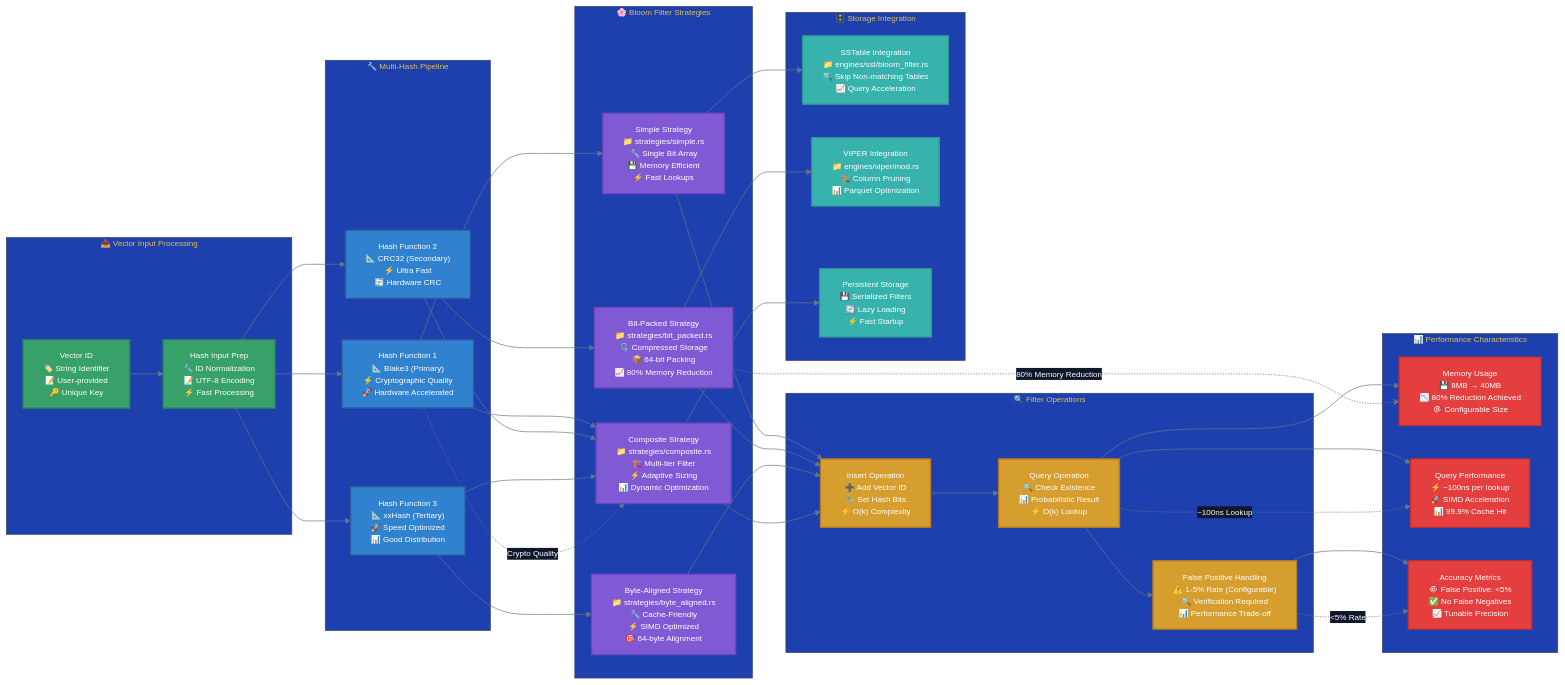
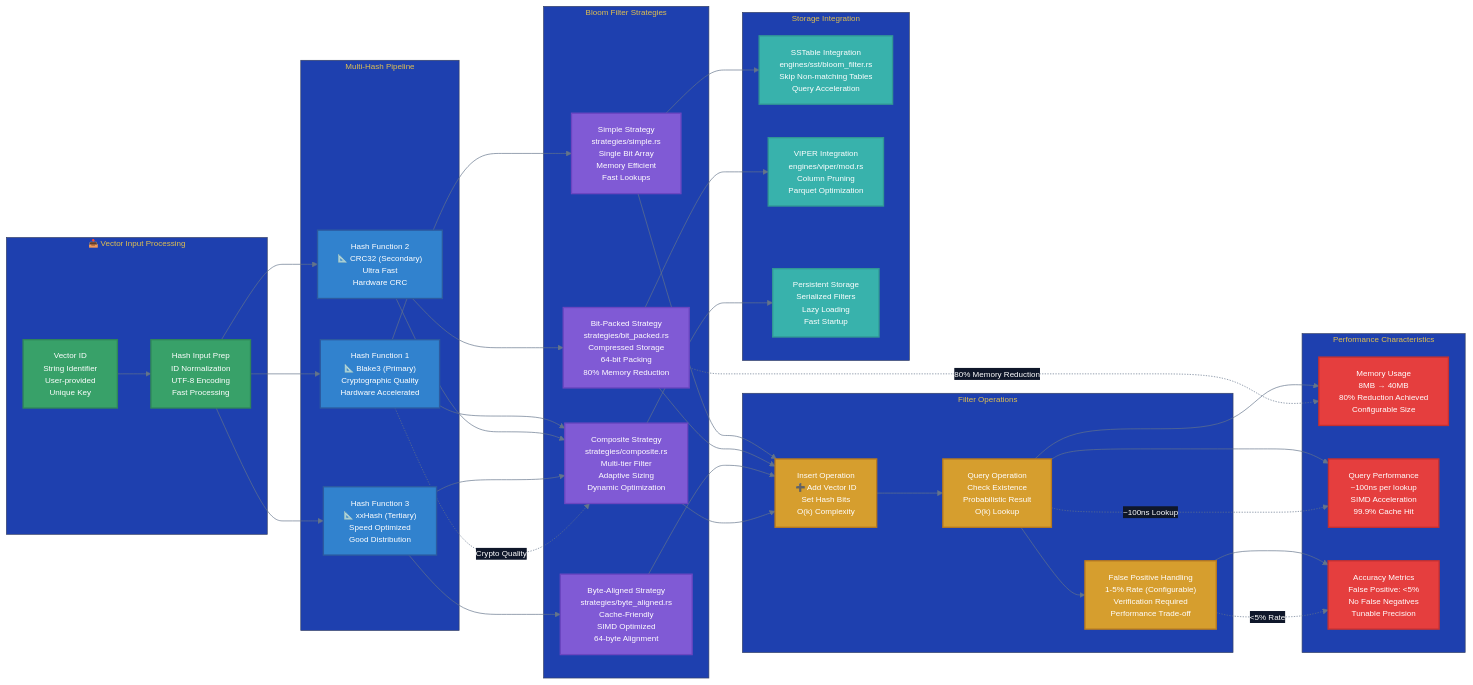
Before and after one commit to vjsingh1984/proximaDB: the diagram in docs/diagrams/bloom-filter-architecture.mmd, drawn with Mermaid. The commit also changed 120 other files, not shown here.

```diff
--- a/docs/diagrams/bloom-filter-architecture.mmd
+++ b/docs/diagrams/bloom-filter-architecture.mmd
@@ -1,120 +1,120 @@
 %%{init: {'theme':'base', 'themeVariables': { 
   'primaryColor':'#1e293b', 
   'primaryTextColor':'#ffffff', 
   'primaryBorderColor':'#334155', 
   'lineColor':'#64748b', 
   'fontSize':'12px', 
   'fontFamily':'Inter, -apple-system, sans-serif',
   'secondaryColor':'#0f172a',
   'tertiaryColor':'#1e40af',
   'background':'#ffffff',
   'mainBkg':'#f8fafc',
   'secondBkg':'#e2e8f0'
 }}}%%
 graph LR
     %% Input Processing
     subgraph Input["📥 Vector Input Processing"]
-        VectorID["Vector ID<br/>🏷️ String Identifier<br/>📝 User-provided<br/>🔑 Unique Key"]
+        VectorID["Vector ID<br/> String Identifier<br/> User-provided<br/> Unique Key"]
         
-        HashInput["Hash Input Prep<br/>🔧 ID Normalization<br/>📝 UTF-8 Encoding<br/>⚡ Fast Processing"]
+        HashInput["Hash Input Prep<br/> ID Normalization<br/> UTF-8 Encoding<br/> Fast Processing"]
     end
     
     %% Hash Function Pipeline
-    subgraph HashPipeline["🔧 Multi-Hash Pipeline"]
-        Hash1["Hash Function 1<br/>📐 Blake3 (Primary)<br/>⚡ Cryptographic Quality<br/>🚀 Hardware Accelerated"]
+    subgraph HashPipeline[" Multi-Hash Pipeline"]
+        Hash1["Hash Function 1<br/>📐 Blake3 (Primary)<br/> Cryptographic Quality<br/> Hardware Accelerated"]
         
-        Hash2["Hash Function 2<br/>📐 CRC32 (Secondary)<br/>⚡ Ultra Fast<br/>🔄 Hardware CRC"]
+        Hash2["Hash Function 2<br/>📐 CRC32 (Secondary)<br/> Ultra Fast<br/> Hardware CRC"]
         
-        Hash3["Hash Function 3<br/>📐 xxHash (Tertiary)<br/>🚀 Speed Optimized<br/>📊 Good Distribution"]
+        Hash3["Hash Function 3<br/>📐 xxHash (Tertiary)<br/> Speed Optimized<br/> Good Distribution"]
     end
     
     %% Bloom Filter Strategies
-    subgraph FilterStrategies["🌸 Bloom Filter Strategies"]
-        SimpleStrategy["Simple Strategy<br/>📁 strategies/simple.rs<br/>🔧 Single Bit Array<br/>💾 Memory Efficient<br/>⚡ Fast Lookups"]
+    subgraph FilterStrategies[" Bloom Filter Strategies"]
+        SimpleStrategy["Simple Strategy<br/> strategies/simple.rs<br/> Single Bit Array<br/> Memory Efficient<br/> Fast Lookups"]
         
-        BitPackedStrategy["Bit-Packed Strategy<br/>📁 strategies/bit_packed.rs<br/>🗜️ Compressed Storage<br/>📦 64-bit Packing<br/>📈 80% Memory Reduction"]
+        BitPackedStrategy["Bit-Packed Strategy<br/> strategies/bit_packed.rs<br/> Compressed Storage<br/> 64-bit Packing<br/> 80% Memory Reduction"]
         
-        ByteAlignedStrategy["Byte-Aligned Strategy<br/>📁 strategies/byte_aligned.rs<br/>🔧 Cache-Friendly<br/>⚡ SIMD Optimized<br/>🎯 64-byte Alignment"]
+        ByteAlignedStrategy["Byte-Aligned Strategy<br/> strategies/byte_aligned.rs<br/> Cache-Friendly<br/> SIMD Optimized<br/> 64-byte Alignment"]
         
-        CompositeStrategy["Composite Strategy<br/>📁 strategies/composite.rs<br/>🏗️ Multi-tier Filter<br/>⚡ Adaptive Sizing<br/>📊 Dynamic Optimization"]
+        CompositeStrategy["Composite Strategy<br/> strategies/composite.rs<br/> Multi-tier Filter<br/> Adaptive Sizing<br/> Dynamic Optimization"]
     end
     
     %% Filter Operations
-    subgraph Operations["🔍 Filter Operations"]
-        InsertOp["Insert Operation<br/>➕ Add Vector ID<br/>🔧 Set Hash Bits<br/>⚡ O(k) Complexity"]
+    subgraph Operations[" Filter Operations"]
+        InsertOp["Insert Operation<br/>➕ Add Vector ID<br/> Set Hash Bits<br/> O(k) Complexity"]
         
-        QueryOp["Query Operation<br/>🔍 Check Existence<br/>📊 Probabilistic Result<br/>⚡ O(k) Lookup"]
+        QueryOp["Query Operation<br/> Check Existence<br/> Probabilistic Result<br/> O(k) Lookup"]
         
-        FalsePositive["False Positive Handling<br/>⚠️ 1-5% Rate (Configurable)<br/>🔍 Verification Required<br/>📊 Performance Trade-off"]
+        FalsePositive["False Positive Handling<br/> 1-5% Rate (Configurable)<br/> Verification Required<br/> Performance Trade-off"]
     end
     
     %% Performance Metrics
-    subgraph Performance["📊 Performance Characteristics"]
-        MemoryUsage["Memory Usage<br/>💾 8MB → 40MB<br/>📉 80% Reduction Achieved<br/>🎯 Configurable Size"]
+    subgraph Performance[" Performance Characteristics"]
+        MemoryUsage["Memory Usage<br/> 8MB → 40MB<br/> 80% Reduction Achieved<br/> Configurable Size"]
         
-        QuerySpeed["Query Performance<br/>⚡ ~100ns per lookup<br/>🚀 SIMD Acceleration<br/>📊 99.9% Cache Hit"]
+        QuerySpeed["Query Performance<br/> ~100ns per lookup<br/> SIMD Acceleration<br/> 99.9% Cache Hit"]
         
-        AccuracyMetrics["Accuracy Metrics<br/>🎯 False Positive: <5%<br/>✅ No False Negatives<br/>📈 Tunable Precision"]
+        AccuracyMetrics["Accuracy Metrics<br/> False Positive: <5%<br/> No False Negatives<br/> Tunable Precision"]
     end
     
     %% Storage Integration
-    subgraph Storage["🗄️ Storage Integration"]
-        SSTableFilter["SSTable Integration<br/>📁 engines/sst/bloom_filter.rs<br/>🔍 Skip Non-matching Tables<br/>📈 Query Acceleration"]
+    subgraph Storage[" Storage Integration"]
+        SSTableFilter["SSTable Integration<br/> engines/sst/bloom_filter.rs<br/> Skip Non-matching Tables<br/> Query Acceleration"]
         
-        VIPERFilter["VIPER Integration<br/>📁 engines/viper/mod.rs<br/>🏗️ Column Pruning<br/>📊 Parquet Optimization"]
+        VIPERFilter["VIPER Integration<br/> engines/viper/mod.rs<br/> Column Pruning<br/> Parquet Optimization"]
         
-        PersistentStorage["Persistent Storage<br/>💾 Serialized Filters<br/>🔄 Lazy Loading<br/>⚡ Fast Startup"]
+        PersistentStorage["Persistent Storage<br/> Serialized Filters<br/> Lazy Loading<br/> Fast Startup"]
     end
     
     %% Data Flow
     VectorID --> HashInput
     HashInput --> Hash1
     HashInput --> Hash2  
     HashInput --> Hash3
     
     Hash1 --> SimpleStrategy
     Hash2 --> BitPackedStrategy
     Hash3 --> ByteAlignedStrategy
     
     Hash1 --> CompositeStrategy
     Hash2 --> CompositeStrategy
     Hash3 --> CompositeStrategy
     
     SimpleStrategy --> InsertOp
     BitPackedStrategy --> InsertOp
     ByteAlignedStrategy --> InsertOp
     CompositeStrategy --> InsertOp
     
     InsertOp --> QueryOp
     QueryOp --> FalsePositive
     
     %% Performance Integration
     QueryOp --> MemoryUsage
     QueryOp --> QuerySpeed
     FalsePositive --> AccuracyMetrics
     
     %% Storage Integration
     SimpleStrategy --> SSTableFilter
     BitPackedStrategy --> VIPERFilter
     CompositeStrategy --> PersistentStorage
     
     %% Performance Annotations
     Hash1 -.->|"Crypto Quality"| CompositeStrategy
     BitPackedStrategy -.->|"80% Memory Reduction"| MemoryUsage
     QueryOp -.->|"~100ns Lookup"| QuerySpeed
     FalsePositive -.->|"<5% Rate"| AccuracyMetrics
     
     %% Styling
     classDef inputStyle fill:#38a169,stroke:#2f855a,stroke-width:2px,color:#ffffff
     classDef hashStyle fill:#3182ce,stroke:#2c5aa0,stroke-width:2px,color:#ffffff
     classDef strategyStyle fill:#805ad5,stroke:#6b46c1,stroke-width:2px,color:#ffffff
     classDef operationStyle fill:#d69e2e,stroke:#b7791f,stroke-width:2px,color:#ffffff
     classDef perfStyle fill:#e53e3e,stroke:#c53030,stroke-width:2px,color:#ffffff
     classDef storageStyle fill:#38b2ac,stroke:#319795,stroke-width:2px,color:#ffffff
     
     class VectorID,HashInput inputStyle
     class Hash1,Hash2,Hash3 hashStyle
     class SimpleStrategy,BitPackedStrategy,ByteAlignedStrategy,CompositeStrategy strategyStyle
     class InsertOp,QueryOp,FalsePositive operationStyle
     class MemoryUsage,QuerySpeed,AccuracyMetrics perfStyle
     class SSTableFilter,VIPERFilter,PersistentStorage storageStyle
```
